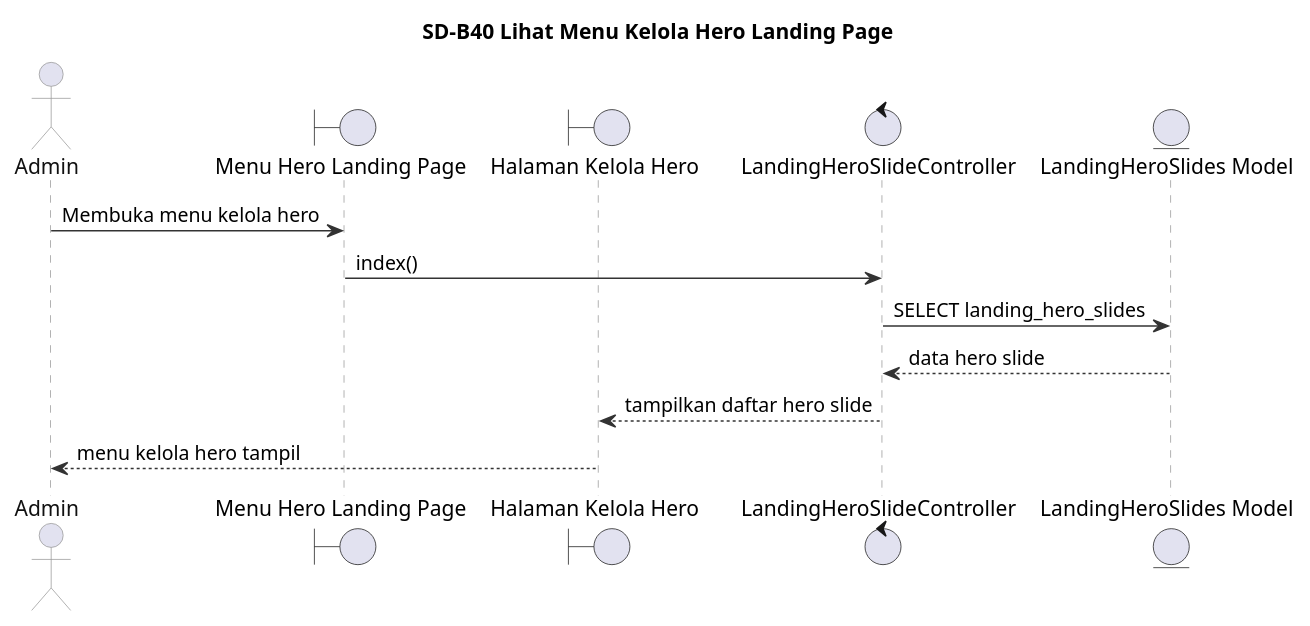
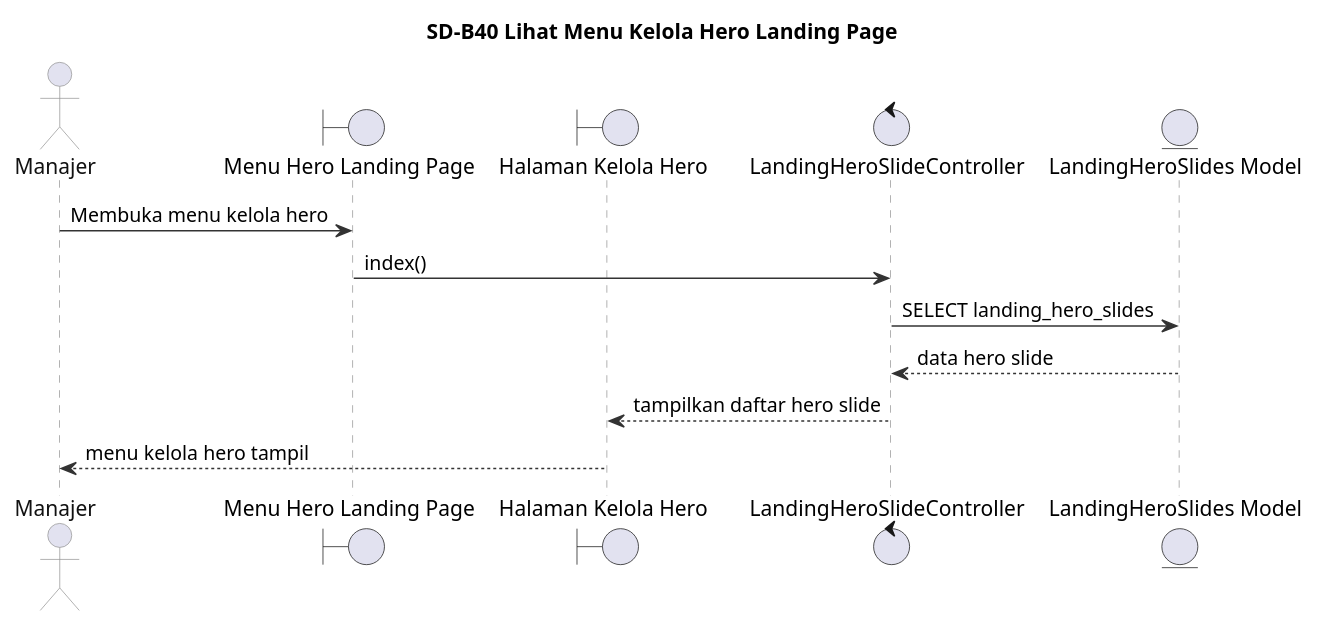
Before and after one commit to Fajrinputra/alterstudio-ta: the diagram in diagrams/sequence/SD-B40.puml, drawn with PlantUML. The commit also changed 74 other files, not shown here.

```diff
--- a/diagrams/sequence/SD-B40.puml
+++ b/diagrams/sequence/SD-B40.puml
@@ -1,31 +1,31 @@
 @startuml
 title SD-B40 Lihat Menu Kelola Hero Landing Page
 
 skinparam backgroundColor white
 skinparam shadowing false
 skinparam BoxPadding 4
 skinparam sequence {
     ArrowColor #333333
     LifeLineBorderColor #999999
     LifeLineBackgroundColor white
     ParticipantBorderColor #999999
     ParticipantBackgroundColor #ECEEF8
     ParticipantFontColor #111111
     ActorBorderColor #999999
     ActorFontColor #111111
 }
 
-actor "Admin" as Admin
+actor "Manajer" as Manajer
 boundary "Menu Hero Landing Page" as MenuHero
 boundary "Halaman Kelola Hero" as HalamanHero
 control "LandingHeroSlideController" as LandingHeroController
 entity "LandingHeroSlides Model" as LandingHeroSlide
 
-Admin -> MenuHero : Membuka menu kelola hero
+Manajer -> MenuHero : Membuka menu kelola hero
 MenuHero -> LandingHeroController : index()
 LandingHeroController -> LandingHeroSlide : SELECT landing_hero_slides
 LandingHeroSlide --> LandingHeroController : data hero slide
 LandingHeroController --> HalamanHero : tampilkan daftar hero slide
-HalamanHero --> Admin : menu kelola hero tampil
+HalamanHero --> Manajer : menu kelola hero tampil
 
 @enduml
```
